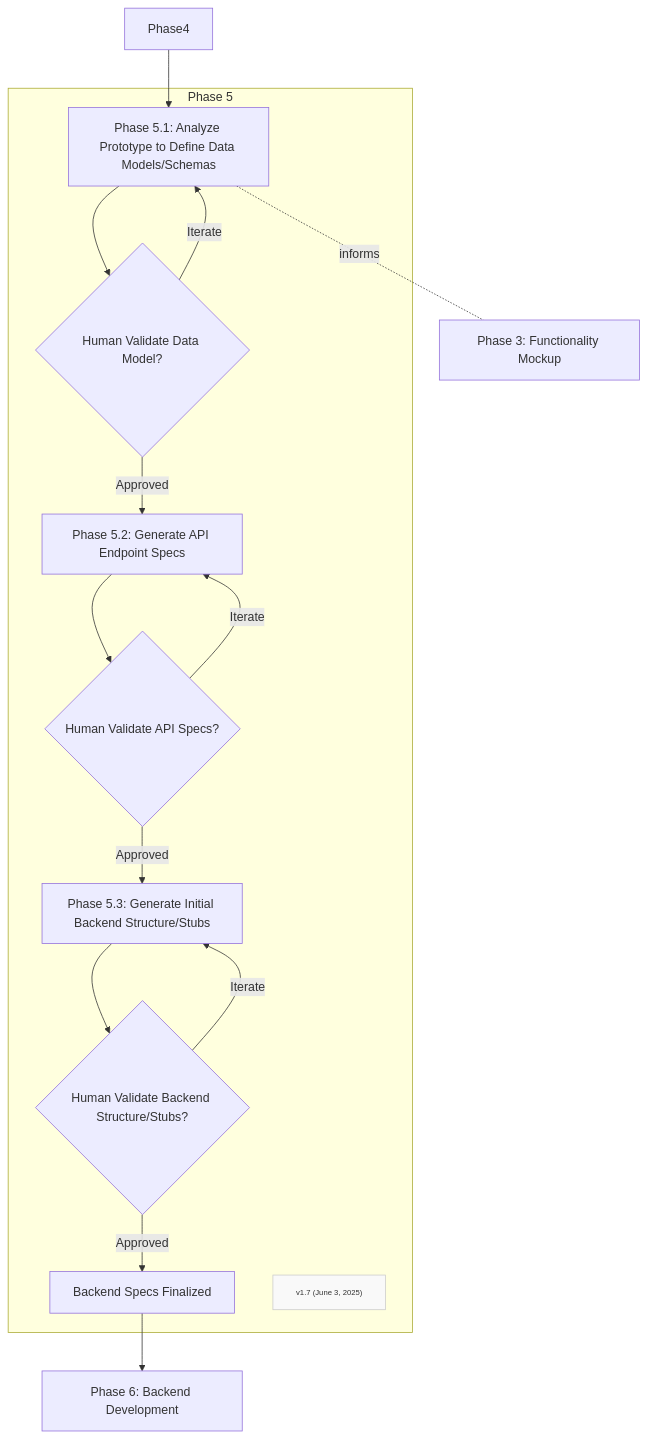
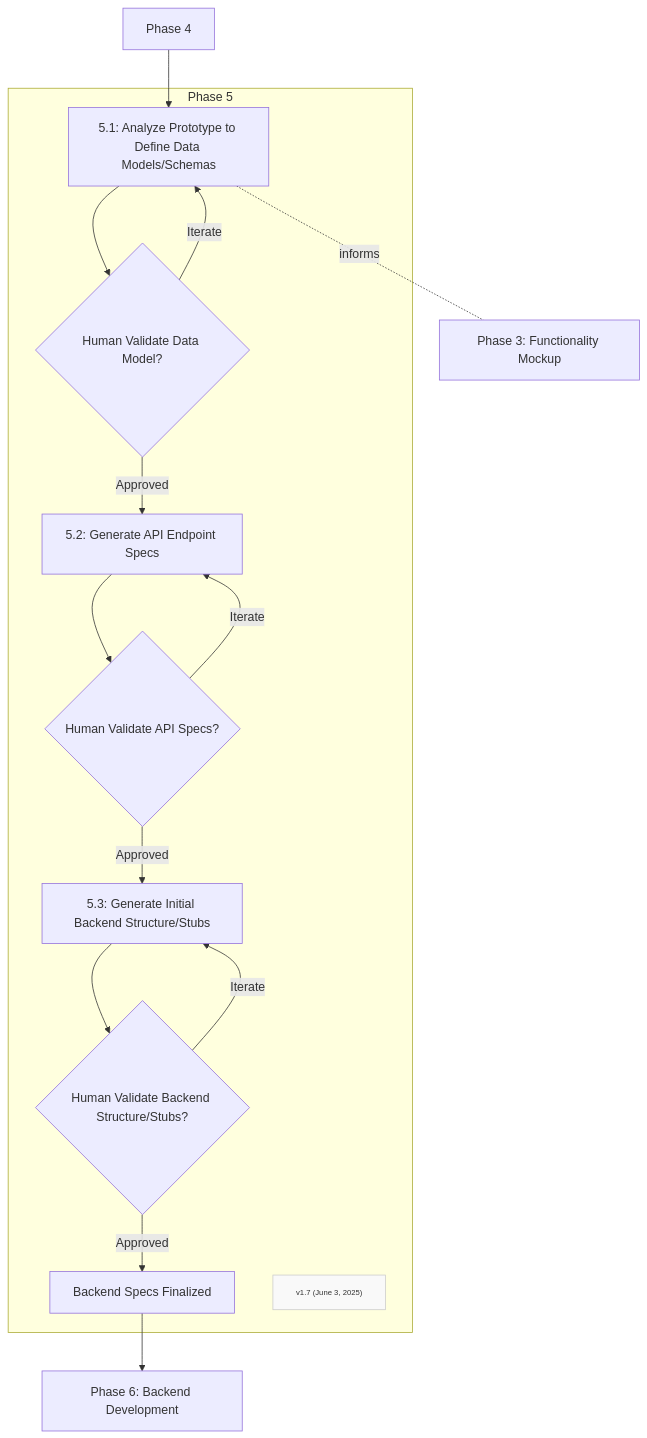
One commit to Mharbulous/Front-First-Method changed the diagram in Phases/FF-phase5.md. Above: the diagram before and after it, drawn with Mermaid.

Commit message:
Refine phase 5 diagram

````diff
--- a/Phases/FF-phase5.md
+++ b/Phases/FF-phase5.md
@@ -1,25 +1,25 @@
 ```mermaid
 graph TD
 
-Phase4 --> Phase5_1
+Phase4["Phase 4"] --> Phase5_1
 
     subgraph Phase5["Phase 5"]
-        Phase5_1["Phase 5.1: Analyze Prototype to Define Data Models/Schemas"]    
+        Phase5_1["5.1: Analyze Prototype to Define Data Models/Schemas"]    
         Phase5_1 --> Phase5_1_Val{"Human Validate Data Model?"}
         Phase5_1_Val -->|Iterate| Phase5_1
-        Phase5_1_Val -->|Approved| Phase5_2["Phase 5.2: Generate API Endpoint Specs"]
+        Phase5_1_Val -->|Approved| Phase5_2["5.2: Generate API Endpoint Specs"]
         Phase5_2 --> Phase5_2_Val{"Human Validate API Specs?"}
         Phase5_2_Val -->|Iterate| Phase5_2
-        Phase5_2_Val -->|Approved| Phase5_3["Phase 5.3: Generate Initial Backend Structure/Stubs"]
+        Phase5_2_Val -->|Approved| Phase5_3["5.3: Generate Initial Backend Structure/Stubs"]
         Phase5_3 --> Phase5_3_Val{"Human Validate Backend Structure/Stubs?"}
         Phase5_3_Val -->|Iterate| Phase5_3
         Phase5_3_Val -->|Approved| BackendSpecsFinalized["Backend Specs Finalized"]
         Version["v1.7 (June 3, 2025)"]
         classDef version fill:#f9f9f9,stroke:#ccc,font-size:10px
         class Version version
     end
  
 Phase5_1 <-.- |informs|Phase3["Phase 3: Functionality Mockup"]
 
 BackendSpecsFinalized --> Phase6["Phase 6: Backend Development"]
 ```
````
